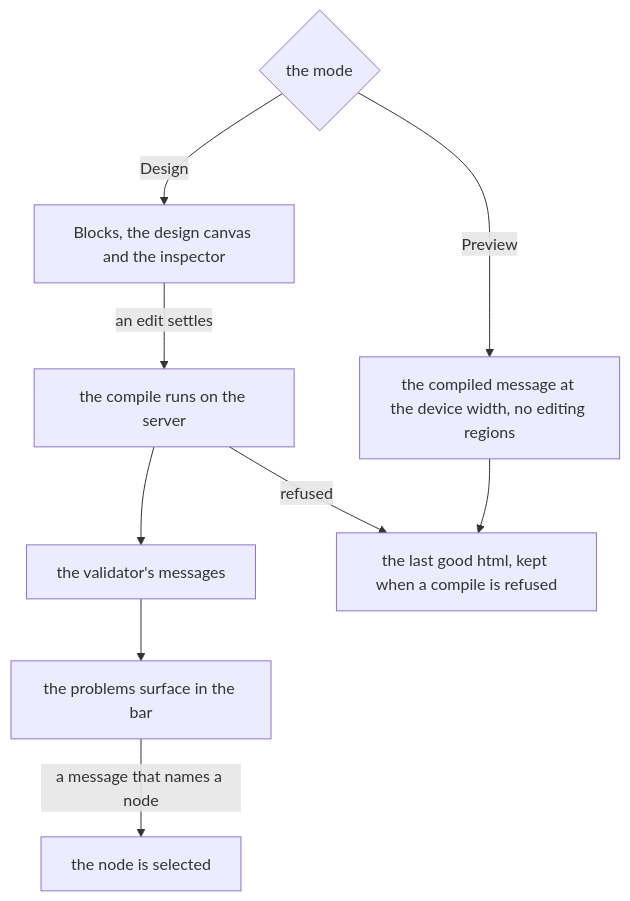
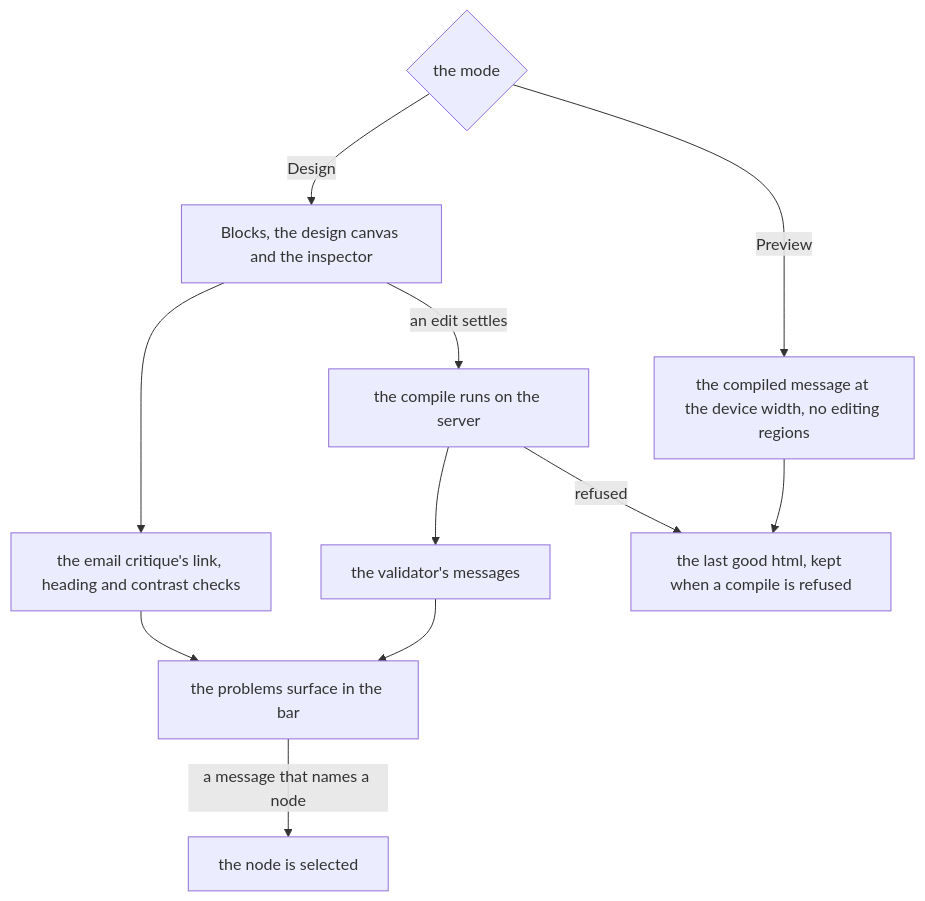
Before and after one commit to Esposter/Esposter: the diagram in openspec/specs/resource/email-layout/design.md, drawn with Mermaid. The commit also changed other lines of this file and 1 other file, not shown here.

Commit message:
docs(email-layout): the problems surface lists the email critique's checks beside the compile's messages, in the diagram, the design and the spec

````diff
--- a/openspec/specs/resource/email-layout/design.md
+++ b/openspec/specs/resource/email-layout/design.md
@@ -18,11 +18,13 @@
 ```mermaid
 flowchart TD
   MODE{"the mode"} -->|Design| EDIT["Blocks, the design canvas and the inspector"]
   MODE -->|Preview| VIEW["the compiled message at the device width, no editing regions"]
   EDIT -->|"an edit settles"| COMPILE["the compile runs on the server"]
   COMPILE --> MESSAGES["the validator's messages"]
   MESSAGES --> SURFACE["the problems surface in the bar"]
+  EDIT --> CRITIQUE["the email critique's link, heading and contrast checks"]
+  CRITIQUE --> SURFACE
   VIEW --> HTML["the last good html, kept when a compile is refused"]
   COMPILE -->|"refused"| HTML
   SURFACE -->|"a message that names a node"| SELECT["the node is selected"]
 ```
````
